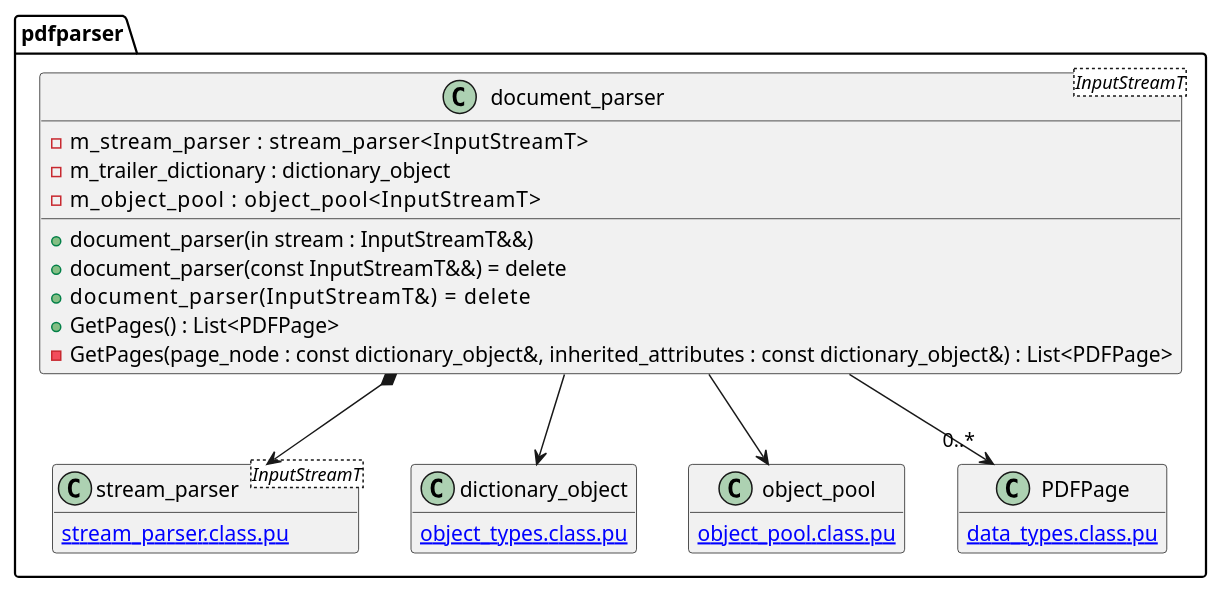
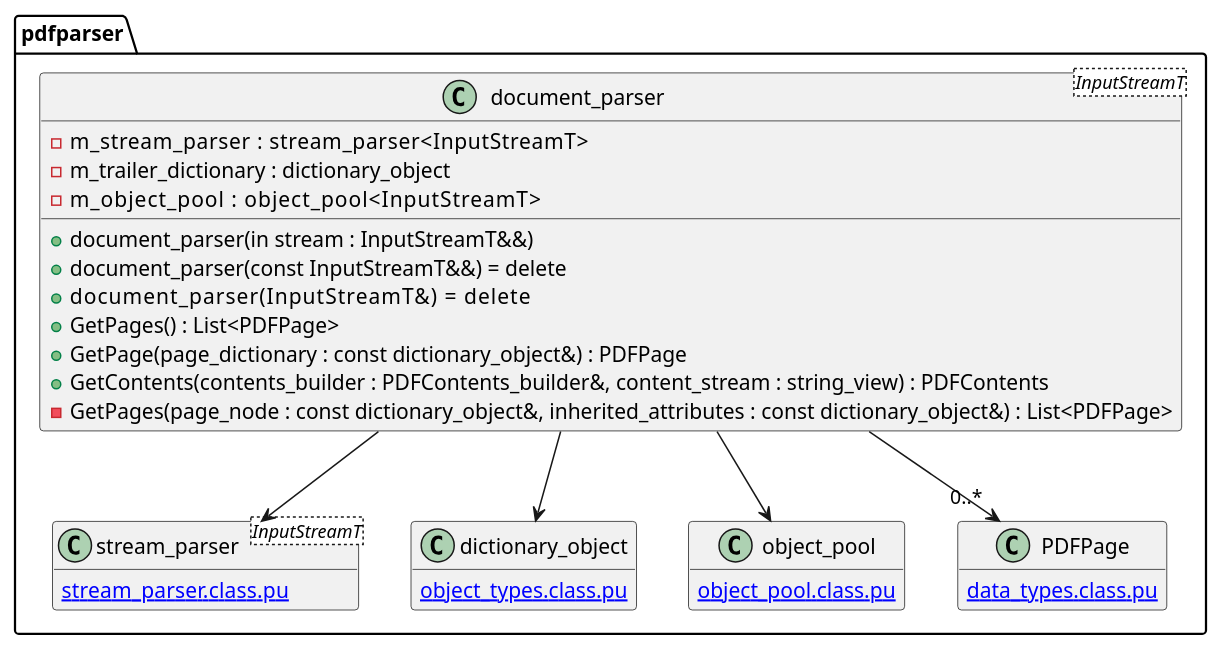
One commit to KodaiYM/PDFReader changed the diagram in document/document_parser.class.pu. Above: the diagram before and after it, drawn with PlantUML. The commit also changed 2 other files, not shown here.

Commit message:
document_parser の修正

```diff
--- a/document/document_parser.class.pu
+++ b/document/document_parser.class.pu
@@ -1,32 +1,34 @@
 @startuml document_parser
 hide empty members
 namespace pdfparser {
 class document_parser<InputStreamT> {
 	-m_stream_parser      : stream_parser<InputStreamT>
 	-m_trailer_dictionary : dictionary_object
 	-m_object_pool        : object_pool<InputStreamT>
 
 	+document_parser(in stream : InputStreamT&&)
 	+document_parser(const InputStreamT&&) = delete
 	+document_parser(InputStreamT&)        = delete
 	+GetPages() : List<PDFPage>
+	+GetPage(page_dictionary : const dictionary_object&) : PDFPage
+	+GetContents(contents_builder : PDFContents_builder&, content_stream : string_view) : PDFContents
 	-GetPages(page_node : const dictionary_object&, inherited_attributes : const dictionary_object&) : List<PDFPage>
 }
-document_parser *--> stream_parser
+document_parser --> stream_parser
 document_parser --> dictionary_object 
 document_parser --> object_pool
 document_parser --> "0..*" PDFPage
 
 class stream_parser<InputStreamT> {
 	[[stream_parser.class.pu]]
 }
 class object_pool {
 	[[object_pool.class.pu]]
 }
 class dictionary_object {
 	[[object_types.class.pu]]
 }
 class PDFPage {
 	[[data_types.class.pu]]
 }
 @enduml
```
